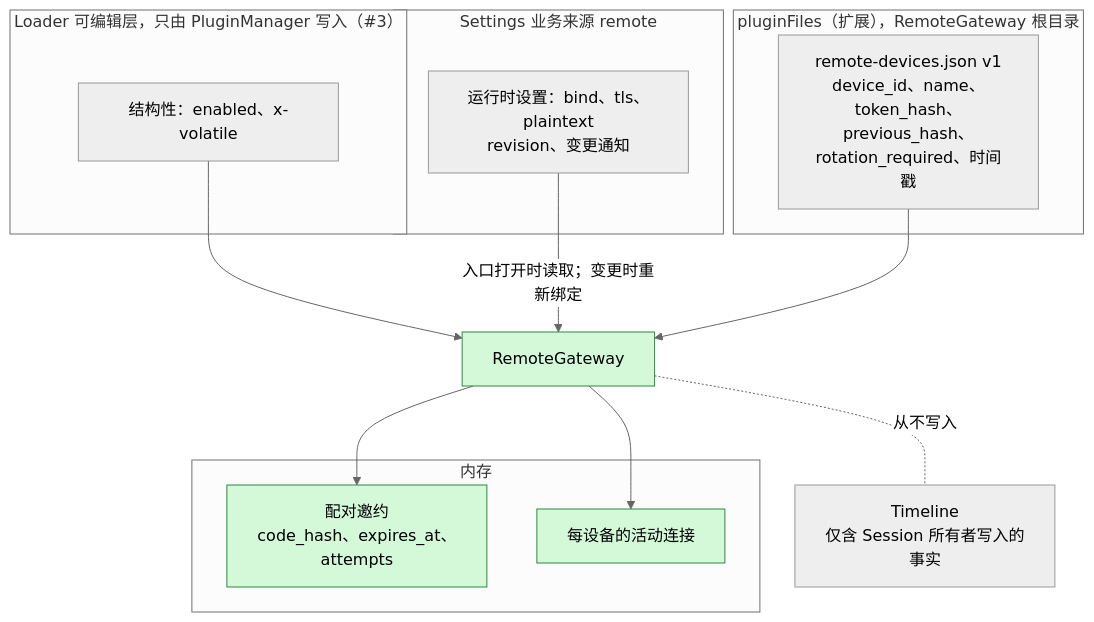
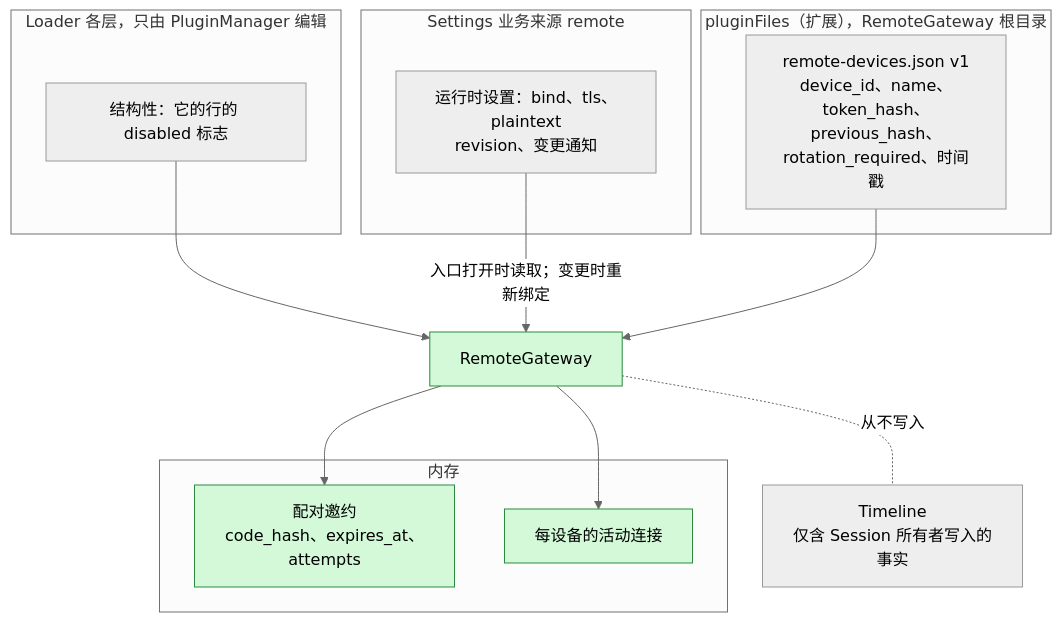
One commit to arcships/dim changed the second of 6 diagrams in docs/zh/design/plugins/RemoteGateway.md. Above: the diagram before and after it, drawn with Mermaid (neutral theme). The commit also changed other lines of this file and 15 other files, not shown here.

````diff
--- a/docs/zh/design/plugins/RemoteGateway.md
+++ b/docs/zh/design/plugins/RemoteGateway.md
@@ -49,24 +49,24 @@
 ```mermaid
 flowchart TB
-  subgraph LEL["Loader 可编辑层，只由 PluginManager 写入（#3）"]
-    CFG["结构性：enabled、x-volatile"]
+  subgraph LEL["Loader 各层，只由 PluginManager 编辑"]
+    CFG["结构性：它的行的 disabled 标志"]
   end
   subgraph BS["Settings 业务来源 remote"]
     RS["运行时设置：bind、tls、plaintext<br/>revision、变更通知"]
   end
   subgraph PS["pluginFiles（扩展），RemoteGateway 根目录"]
     DEVS["remote-devices.json v1<br/>device_id、name、token_hash、<br/>previous_hash、rotation_required、时间戳"]
   end
   subgraph MEM["内存"]
     OFF["配对邀约<br/>code_hash、expires_at、attempts"]:::new
     LIVE["每设备的活动连接"]:::new
   end
   TL["Timeline<br/>仅含 Session 所有者写入的事实"]
   CFG --> RG["RemoteGateway"]:::new
   RS -->|"入口打开时读取；变更时重新绑定"| RG
   DEVS --> RG
   RG --> OFF
   RG --> LIVE
   RG -.-|"从不写入"| TL
   classDef new fill:#d3f9d8,stroke:#2b8a3e,color:#000
 ```
````
